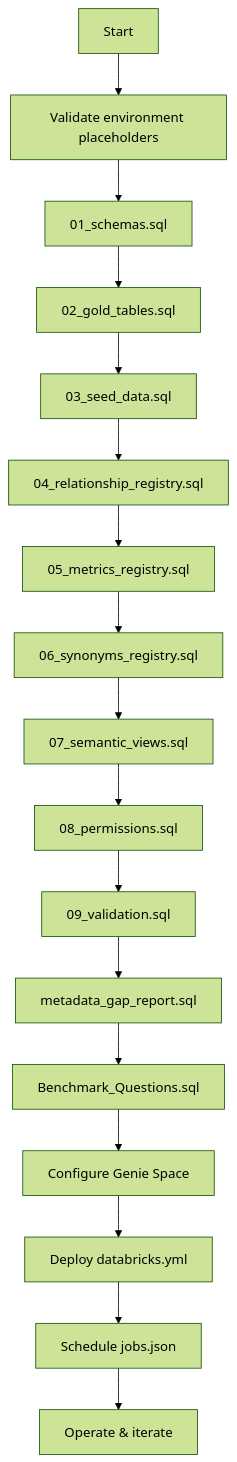
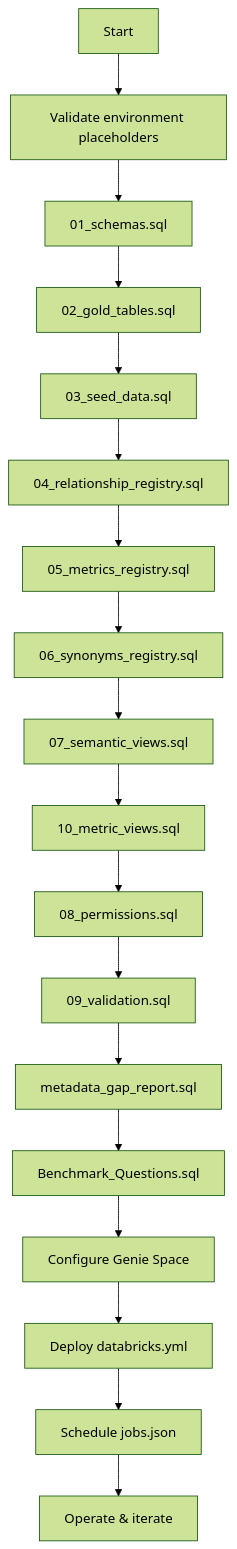
Before and after one commit to adarch-gif/semantic_layer_poc: the third of 3 diagrams in invoice_semantic_layer/docs/01_ARCHITECTURE_OVERVIEW.md, drawn with Mermaid (forest theme). The commit also changed 14 other files, not shown here.

Commit message:
Add Databricks metric views and documentation

````diff
--- a/invoice_semantic_layer/docs/01_ARCHITECTURE_OVERVIEW.md
+++ b/invoice_semantic_layer/docs/01_ARCHITECTURE_OVERVIEW.md
@@ -75,19 +75,20 @@
 ```mermaid
 flowchart TD
   A[Start] --> B[Validate environment placeholders]
   B --> C[01_schemas.sql]
   C --> D[02_gold_tables.sql]
   D --> E[03_seed_data.sql]
   E --> F[04_relationship_registry.sql]
   F --> G[05_metrics_registry.sql]
   G --> H[06_synonyms_registry.sql]
   H --> I[07_semantic_views.sql]
-  I --> J[08_permissions.sql]
-  J --> K[09_validation.sql]
-  K --> L[metadata_gap_report.sql]
-  L --> M[Benchmark_Questions.sql]
-  M --> N[Configure Genie Space]
-  N --> O[Deploy databricks.yml]
-  O --> P[Schedule jobs.json]
-  P --> Q[Operate & iterate]
+  I --> J[10_metric_views.sql]
+  J --> K[08_permissions.sql]
+  K --> L[09_validation.sql]
+  L --> M[metadata_gap_report.sql]
+  M --> N[Benchmark_Questions.sql]
+  N --> O[Configure Genie Space]
+  O --> P[Deploy databricks.yml]
+  P --> Q[Schedule jobs.json]
+  Q --> R[Operate & iterate]
 ```
````
